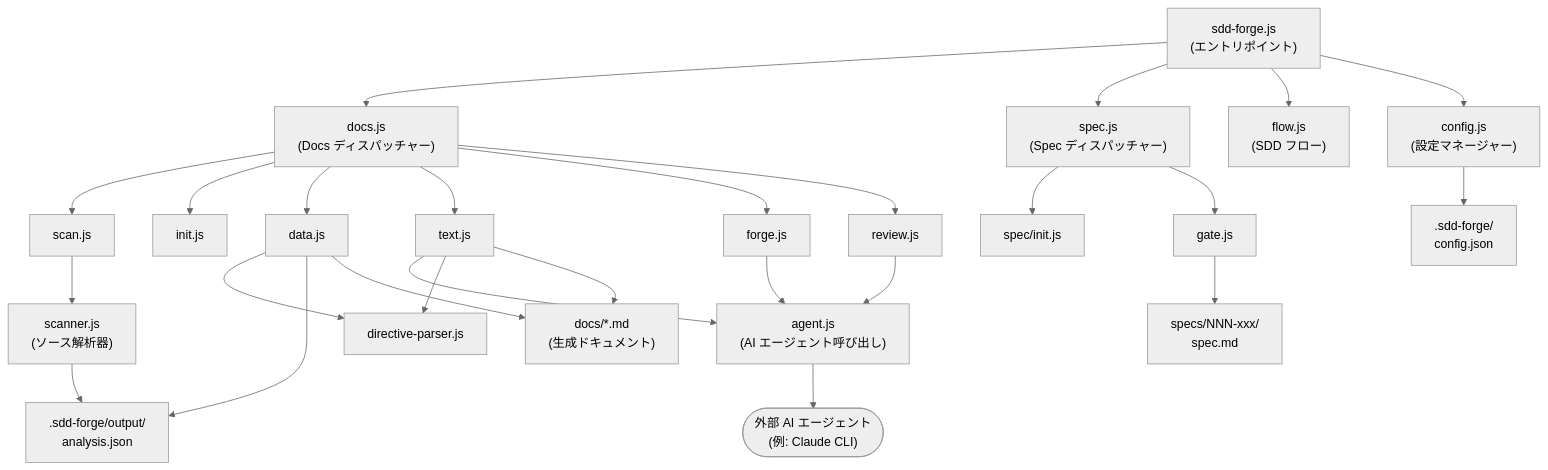
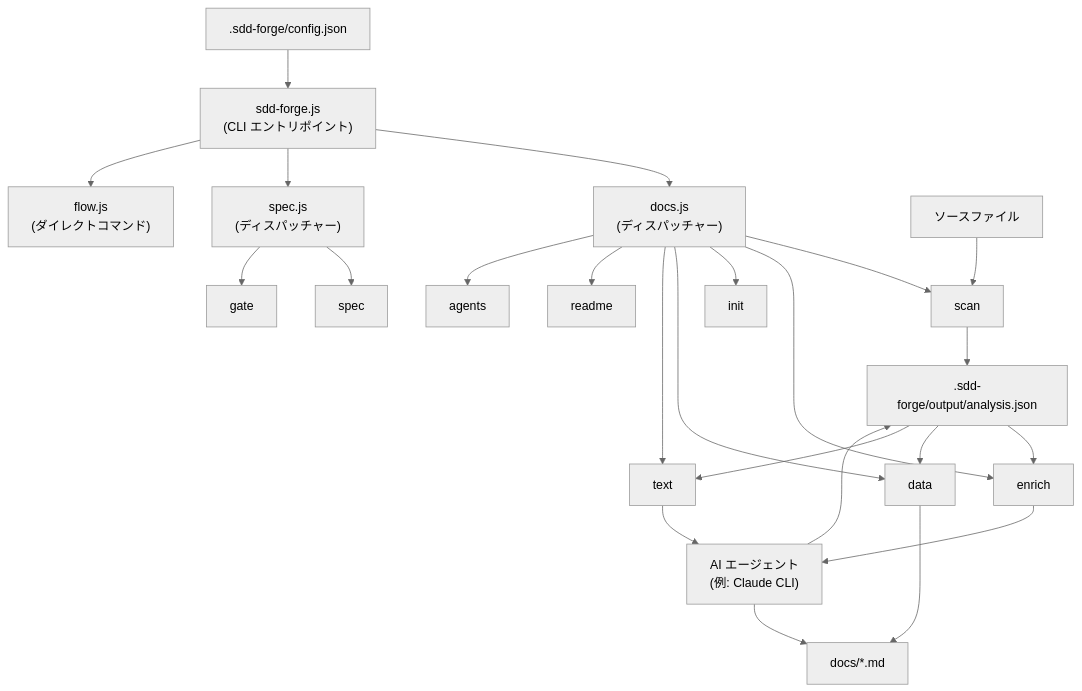
One commit to SpreadWorks/sdd-forge changed the diagram in docs/ja/overview.md. Above: the diagram before and after it, drawn with Mermaid (neutral theme). The commit also changed other lines of this file and 25 other files, not shown here.

````diff
--- a/docs/ja/overview.md
+++ b/docs/ja/overview.md
@@ -17,57 +16,51 @@
 ```mermaid
 flowchart TD
-    CLI["sdd-forge.js\n(エントリポイント)"]
-    DOCS["docs.js\n(Docs ディスパッチャー)"]
-    SPEC["spec.js\n(Spec ディスパッチャー)"]
-    FLOW["flow.js\n(SDD フロー)"]
+    CLI["sdd-forge.js\n(CLI エントリポイント)"]
+    DOCS_D["docs.js\n(ディスパッチャー)"]
+    SPEC_D["spec.js\n(ディスパッチャー)"]
+    FLOW_D["flow.js\n(ダイレクトコマンド)"]
 
-    SCAN["scan.js"]
-    INIT["init.js"]
-    DATA["data.js"]
-    TEXT["text.js"]
-    FORGE["forge.js"]
-    REVIEW["review.js"]
-    GATE["gate.js"]
-    SPECINIT["spec/init.js"]
+    SCAN["scan"]
+    ENRICH["enrich"]
+    INIT["init"]
+    DATA["data"]
+    TEXT["text"]
+    README["readme"]
+    AGENTS["agents"]
+    GATE["gate"]
+    SPEC_CMD["spec"]
 
-    SCANNER["scanner.js\n(ソース解析器)"]
-    DIRPARSER["directive-parser.js"]
-    AGENT["agent.js\n(AI エージェント呼び出し)"]
-    CONFIG["config.js\n(設定マネージャー)"]
+    AI["AI エージェント\n(例: Claude CLI)"]
+    CONFIG[".sdd-forge/config.json"]
+    ANALYSIS[".sdd-forge/output/analysis.json"]
+    DOCS_DIR["docs/*.md"]
+    SRC["ソースファイル"]
 
-    ANALYSIS[".sdd-forge/output/\nanalysis.json"]
-    DOCFILES["docs/*.md\n(生成ドキュメント)"]
-    SPECFILES["specs/NNN-xxx/\nspec.md"]
-    CFGFILE[".sdd-forge/\nconfig.json"]
+    CLI --> DOCS_D
+    CLI --> SPEC_D
+    CLI --> FLOW_D
+    CONFIG --> CLI
 
-    AIAGENT(["外部 AI エージェント\n(例: Claude CLI)"])
+    DOCS_D --> SCAN
+    DOCS_D --> ENRICH
+    DOCS_D --> INIT
+    DOCS_D --> DATA
+    DOCS_D --> TEXT
+    DOCS_D --> README
+    DOCS_D --> AGENTS
 
-    CLI --> DOCS
-    CLI --> SPEC
-    CLI --> FLOW
+    SPEC_D --> SPEC_CMD
+    SPEC_D --> GATE
 
-    DOCS --> SCAN
-    DOCS --> INIT
-    DOCS --> DATA
-    DOCS --> TEXT
-    DOCS --> FORGE
-    DOCS --> REVIEW
+    SRC --> SCAN
+    SCAN --> ANALYSIS
+    ANALYSIS --> ENRICH
+    ENRICH --> AI
+    AI --> ANALYSIS
 
-    SPEC --> SPECINIT
-    SPEC --> GATE
-
-    SCAN --> SCANNER --> ANALYSIS
-    DATA --> DIRPARSER
-    DATA --> ANALYSIS
-    DATA --> DOCFILES
-    TEXT --> AGENT
-    TEXT --> DIRPARSER
-    TEXT --> DOCFILES
-    FORGE --> AGENT
-    REVIEW --> AGENT
-    GATE --> SPECFILES
-
-    AGENT --> AIAGENT
-    CONFIG --> CFGFILE
-    CLI --> CONFIG
+    ANALYSIS --> DATA
+    DATA --> DOCS_DIR
+    ANALYSIS --> TEXT
+    TEXT --> AI
+    AI --> DOCS_DIR
 ```
````
